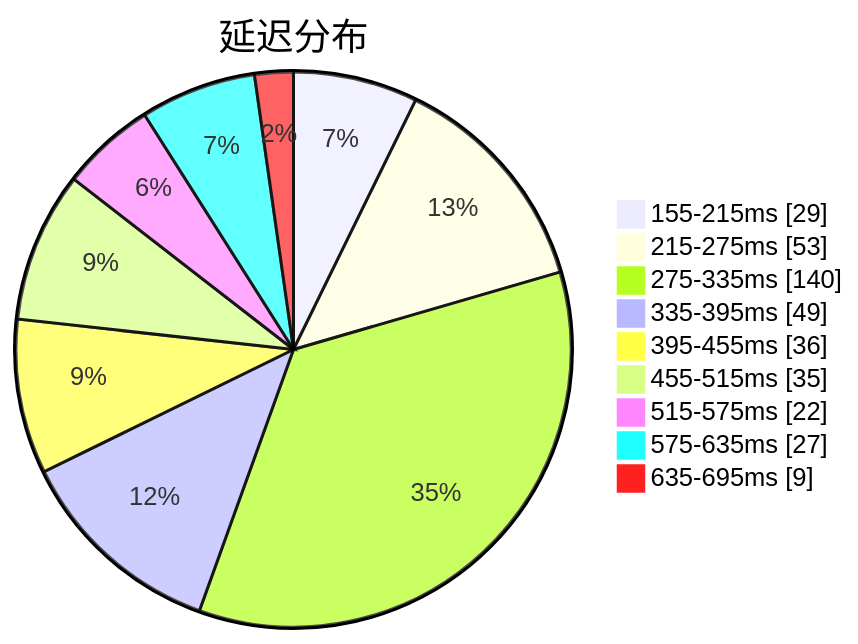
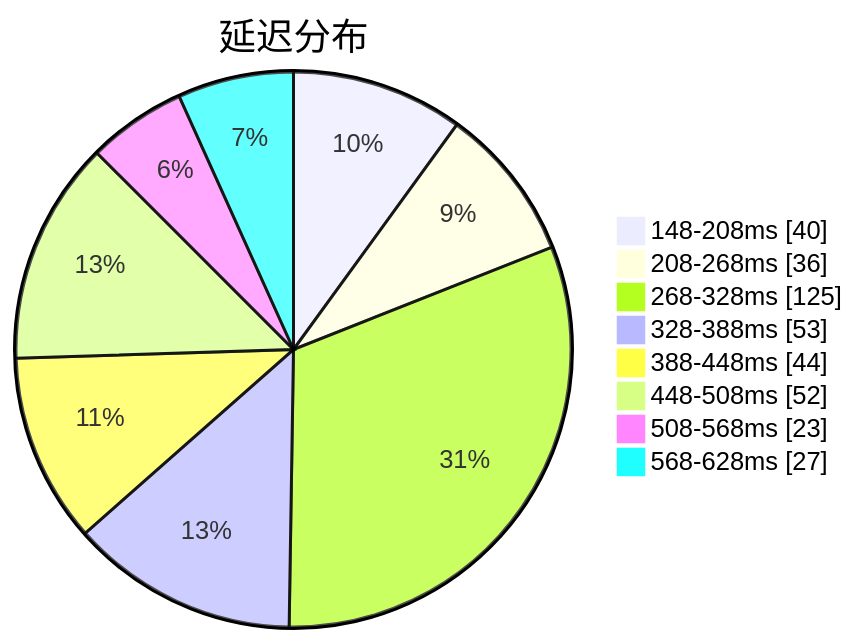
Before and after one commit to qjlxg/airport: the first of 3 diagrams in subs/statistics/tested_within.md, drawn with Mermaid. The commit also changed other lines of this file and 2 other files, not shown here.

Commit message:
Tested by metaST

````diff
--- a/subs/statistics/tested_within.md
+++ b/subs/statistics/tested_within.md
@@ -2,13 +2,12 @@
 ```mermaid
 pie showData
 title 延迟分布
-"155-215ms" : 29
-"215-275ms" : 53
-"275-335ms" : 140
-"335-395ms" : 49
-"395-455ms" : 36
-"455-515ms" : 35
-"515-575ms" : 22
-"575-635ms" : 27
-"635-695ms" : 9
+"148-208ms" : 40
+"208-268ms" : 36
+"268-328ms" : 125
+"328-388ms" : 53
+"388-448ms" : 44
+"448-508ms" : 52
+"508-568ms" : 23
+"568-628ms" : 27
 ```
````
